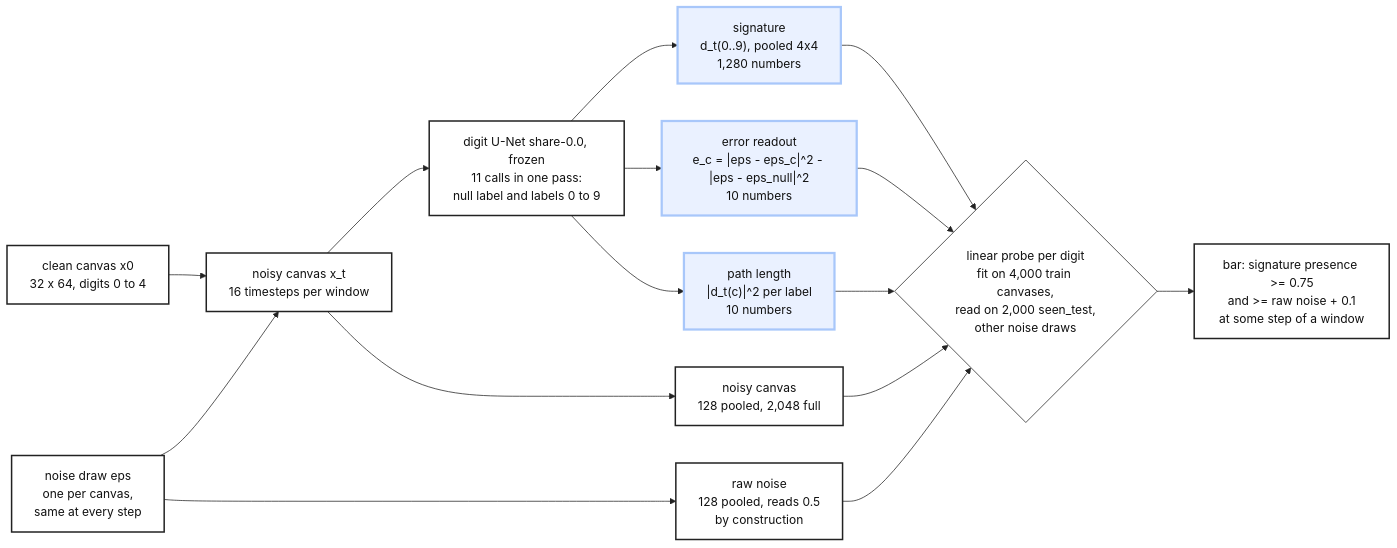
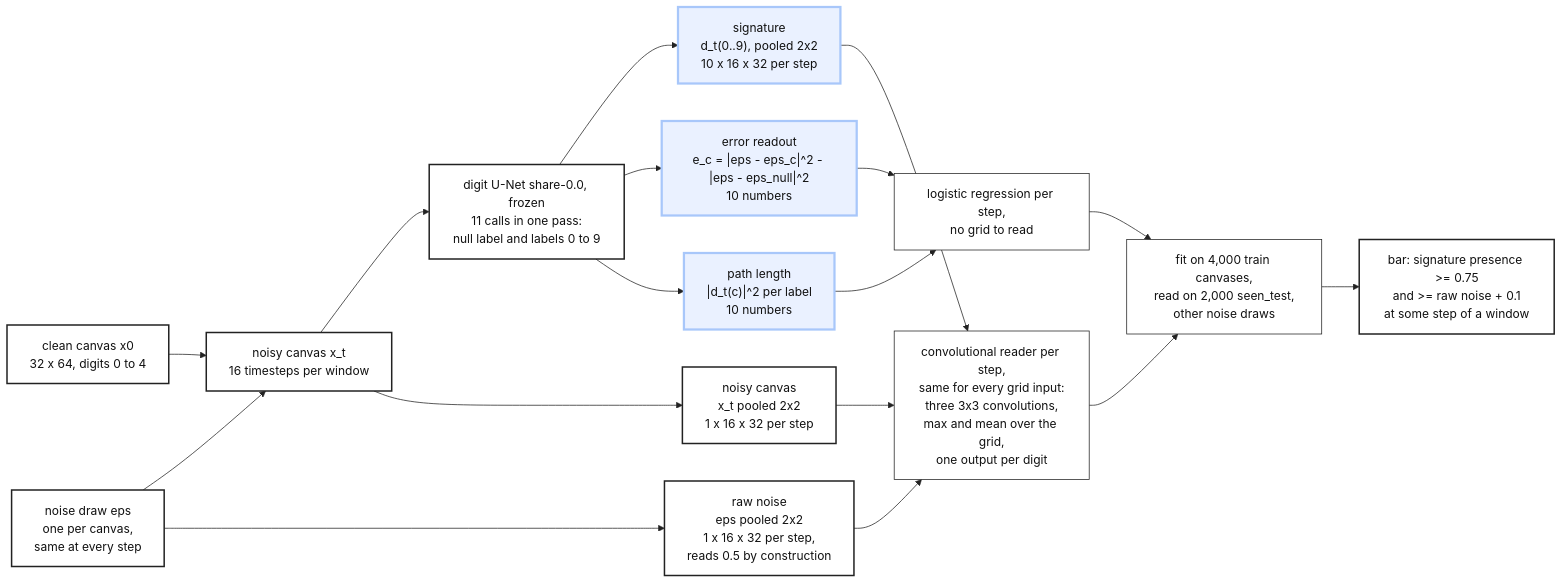
Before and after one commit to mo-rsa24/concept-composition: the diagram in artifacts/notes/progress/score-space/05-signal/what-each-probe-reads.mmd, drawn with Mermaid. The commit also changed 8 other files, not shown here.

```diff
--- a/artifacts/notes/progress/score-space/05-signal/what-each-probe-reads.mmd
+++ b/artifacts/notes/progress/score-space/05-signal/what-each-probe-reads.mmd
@@ -1,22 +1,24 @@
 %%{init: {'theme': 'base', 'themeVariables': {'fontFamily': 'monospace', 'primaryColor': '#ffffff', 'primaryBorderColor': '#222222', 'primaryTextColor': '#111111', 'lineColor': '#222222'}}}%%
 flowchart LR
   classDef plain fill:#ffffff,stroke:#222222,stroke-width:2px,color:#111111
   classDef new fill:#eaf1ff,stroke:#a8c7fa,stroke-width:3px,color:#111111
 
   X0["clean canvas x0<br/>32 x 64, digits 0 to 4"]:::plain --> XT
   E["noise draw eps<br/>one per canvas,<br/>same at every step"]:::plain --> XT
   XT["noisy canvas x_t<br/>16 timesteps per window"]:::plain --> U
   U["digit U-Net share-0.0, frozen<br/>11 calls in one pass:<br/>null label and labels 0 to 9"]:::plain
 
-  U --> SIG["signature<br/>d_t(0..9), pooled 4x4<br/>1,280 numbers"]:::new
+  U --> SIG["signature<br/>d_t(0..9), pooled 2x2<br/>10 x 16 x 32 per step"]:::new
   U --> ERR["error readout<br/>e_c = |eps - eps_c|^2 - |eps - eps_null|^2<br/>10 numbers"]:::new
   U --> LEN["path length<br/>|d_t(c)|^2 per label<br/>10 numbers"]:::new
-  XT --> CAN["noisy canvas<br/>128 pooled, 2,048 full"]:::plain
-  E --> RAW["raw noise<br/>128 pooled, reads 0.5<br/>by construction"]:::plain
+  XT --> CAN["noisy canvas<br/>x_t pooled 2x2<br/>1 x 16 x 32 per step"]:::plain
+  E --> RAW["raw noise<br/>eps pooled 2x2<br/>1 x 16 x 32 per step,<br/>reads 0.5 by construction"]:::plain
 
-  SIG --> P{"linear probe per digit<br/>fit on 4,000 train canvases,<br/>read on 2,000 seen_test,<br/>other noise draws"}
-  ERR --> P
-  LEN --> P
+  SIG --> P["convolutional reader per step,<br/>same for every grid input:<br/>three 3x3 convolutions,<br/>max and mean over the grid,<br/>one output per digit"]
   CAN --> P
   RAW --> P
-  P --> BAR["bar: signature presence >= 0.75<br/>and >= raw noise + 0.1<br/>at some step of a window"]:::plain
+  ERR --> L["logistic regression per step,<br/>no grid to read"]
+  LEN --> L
+  P --> FIT["fit on 4,000 train canvases,<br/>read on 2,000 seen_test,<br/>other noise draws"]
+  L --> FIT
+  FIT --> BAR["bar: signature presence >= 0.75<br/>and >= raw noise + 0.1<br/>at some step of a window"]:::plain
```
